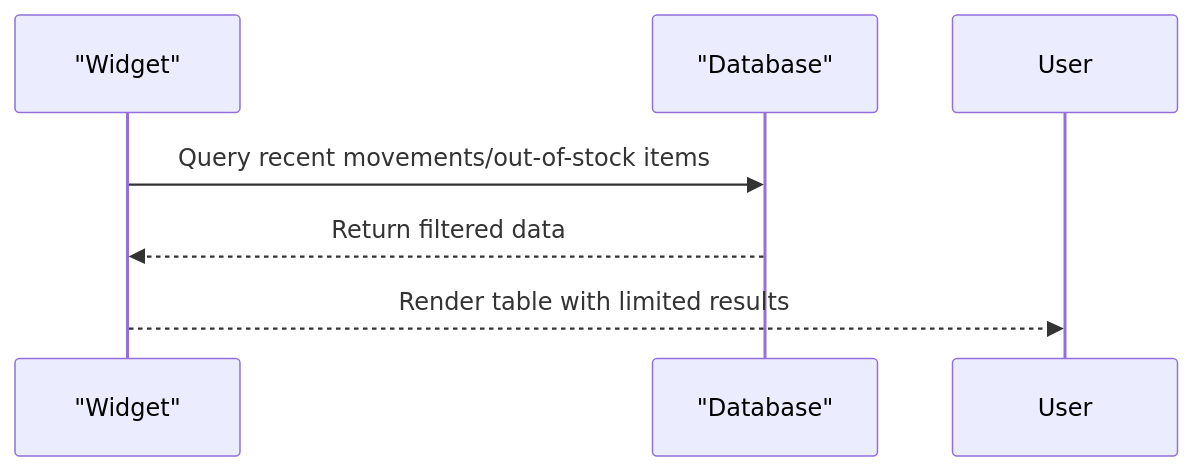
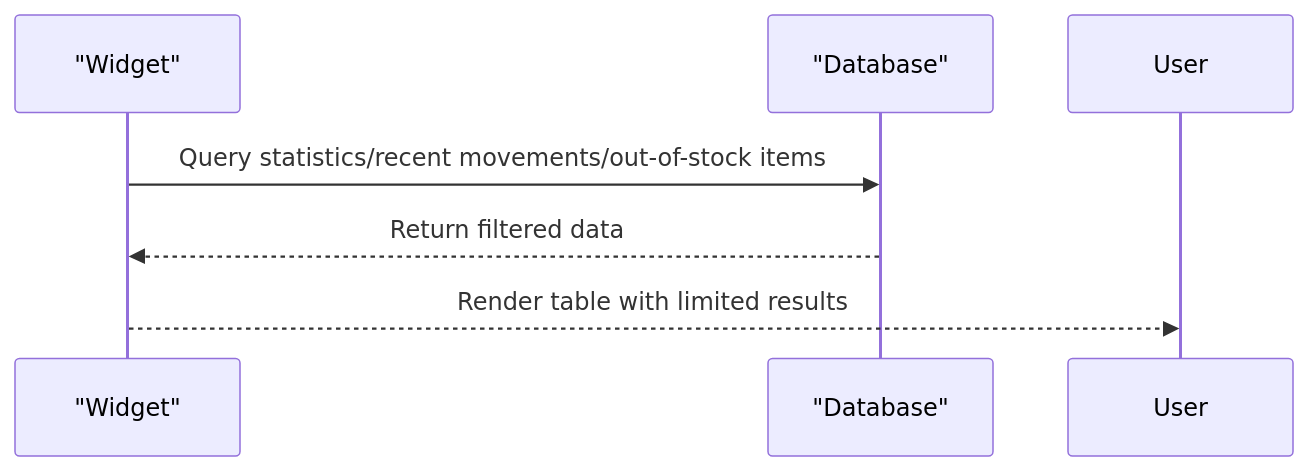
Before and after one commit to Dikksap/laravel_RsvHelmet: diagram 17 of 19 in .qoder/repowiki/en/content/Filament Admin Panel/Filament Admin Panel.md, drawn with Mermaid. The commit also changed other lines of this file and 52 other files, not shown here.

````diff
--- a/.qoder/repowiki/en/content/Filament Admin Panel/Filament Admin Panel.md
+++ b/.qoder/repowiki/en/content/Filament Admin Panel/Filament Admin Panel.md
@@ -596,8 +674,8 @@
 ```mermaid
 sequenceDiagram
 participant Widget as "Widget"
 participant Database as "Database"
-Widget->>Database : Query recent movements/out-of-stock items
+Widget->>Database : Query statistics/recent movements/out-of-stock items
 Database-->>Widget : Return filtered data
 Widget-->>User : Render table with limited results
 ```
````
